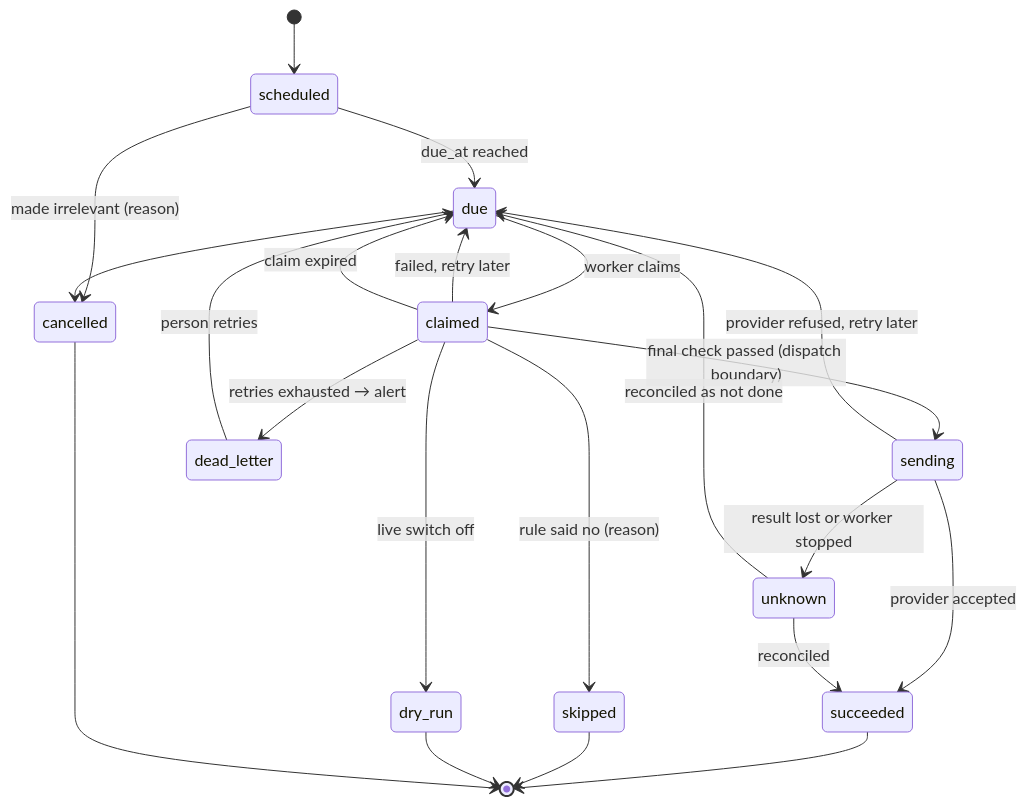
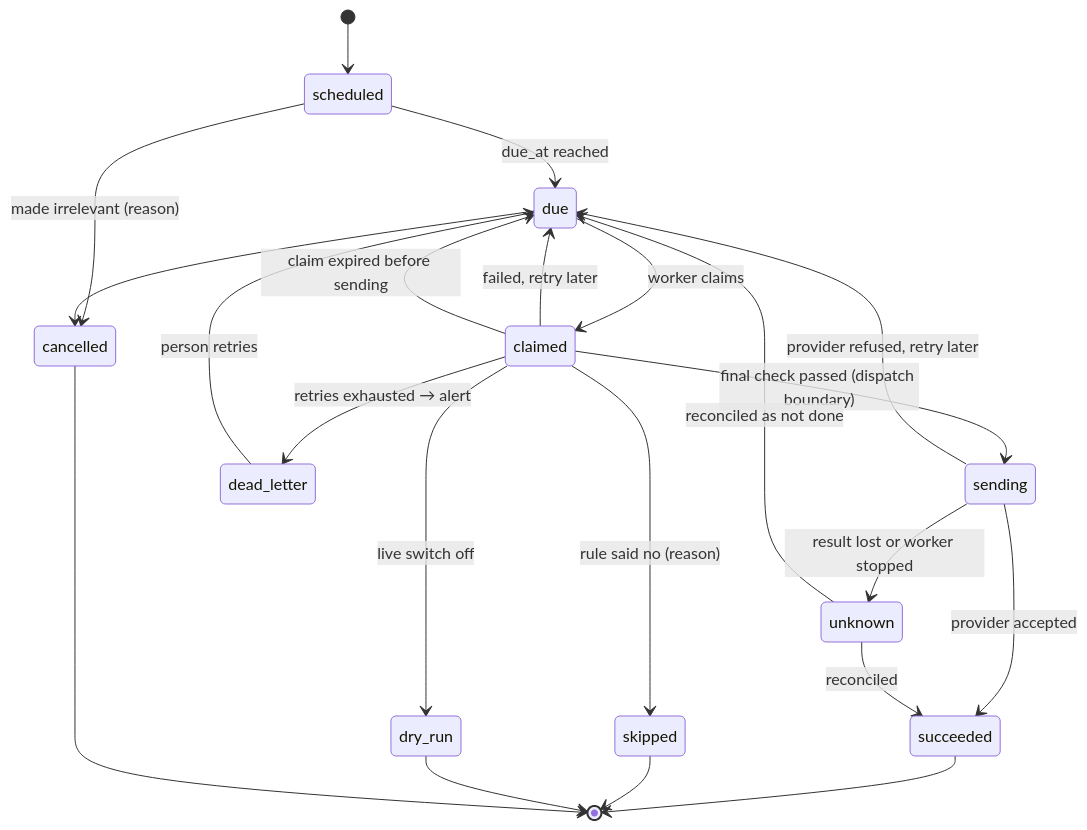
Before and after one commit to singhdhruv525-source/Zella-AI: the eighth of 23 diagrams in docs/ARCHITECTURE.md, drawn with Mermaid. The commit also changed other lines of this file and 1 other file, not shown here.

First line of the commit message:
Separate claim timeouts before and after dispatch

````diff
--- a/docs/ARCHITECTURE.md
+++ b/docs/ARCHITECTURE.md
@@ -696,24 +698,24 @@
 ```mermaid
 stateDiagram-v2
   [*] --> scheduled
   scheduled --> due: due_at reached
   due --> claimed: worker claims
   claimed --> sending: final check passed (dispatch boundary)
   sending --> succeeded: provider accepted
   sending --> due: provider refused, retry later
   sending --> unknown: result lost or worker stopped
   claimed --> skipped: rule said no (reason)
   claimed --> dry_run: live switch off
   unknown --> succeeded: reconciled
   unknown --> due: reconciled as not done
   claimed --> due: failed, retry later
-  claimed --> due: claim expired
+  claimed --> due: claim expired before sending
   claimed --> dead_letter: retries exhausted → alert
   scheduled --> cancelled: made irrelevant (reason)
   due --> cancelled
   dead_letter --> due: person retries
   succeeded --> [*]
   skipped --> [*]
   dry_run --> [*]
   cancelled --> [*]
 ```
````
